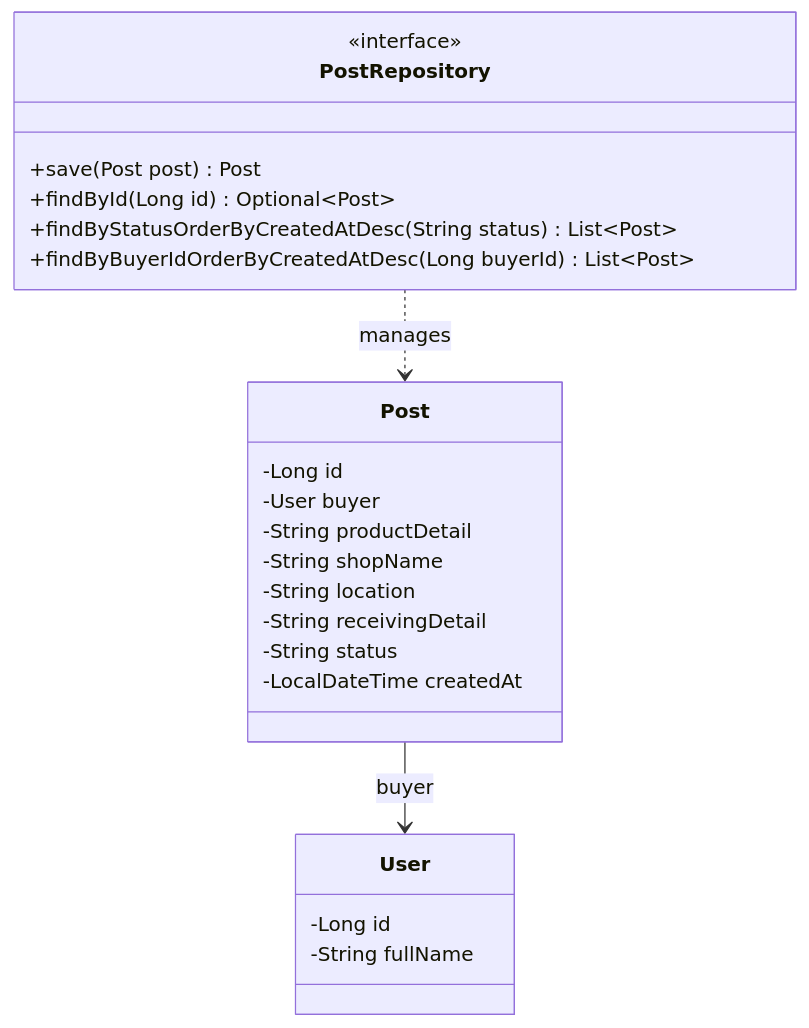
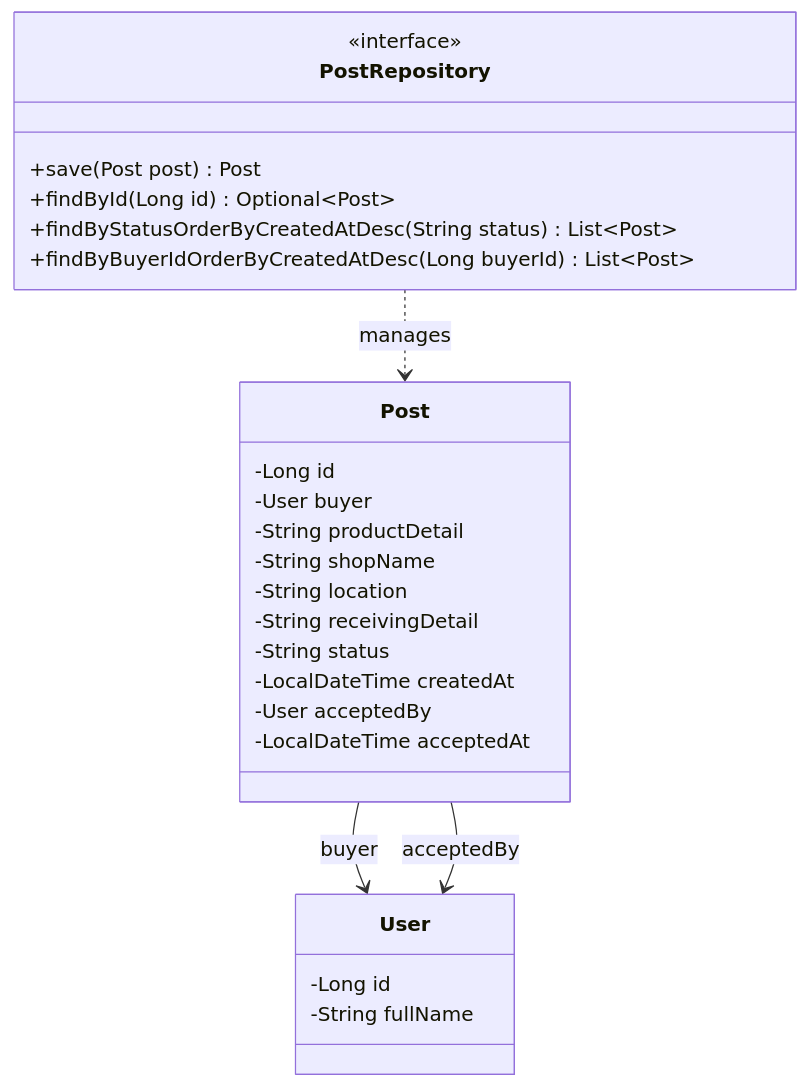
The third of 4 diagrams in docs/task-12/README.md (BlackyB0o/CS261_650001_group5), drawn with Mermaid before and after one commit. The commit also changed other lines of this file, not shown here.

Commit message:
removed roles, add accept-post endpoint

````diff
--- a/docs/task-12/README.md
+++ b/docs/task-12/README.md
@@ -222,26 +273,29 @@
 ```mermaid
 classDiagram
     class PostRepository {
         <<interface>>
         +save(Post post) Post
         +findById(Long id) Optional~Post~
         +findByStatusOrderByCreatedAtDesc(String status) List~Post~
         +findByBuyerIdOrderByCreatedAtDesc(Long buyerId) List~Post~
     }
     class Post {
         -Long id
         -User buyer
         -String productDetail
         -String shopName
         -String location
         -String receivingDetail
         -String status
         -LocalDateTime createdAt
+        -User acceptedBy
+        -LocalDateTime acceptedAt
     }
     class User {
         -Long id
         -String fullName
     }
     PostRepository ..> Post : manages
     Post --> User : buyer
+    Post --> User : acceptedBy
 ```
````
